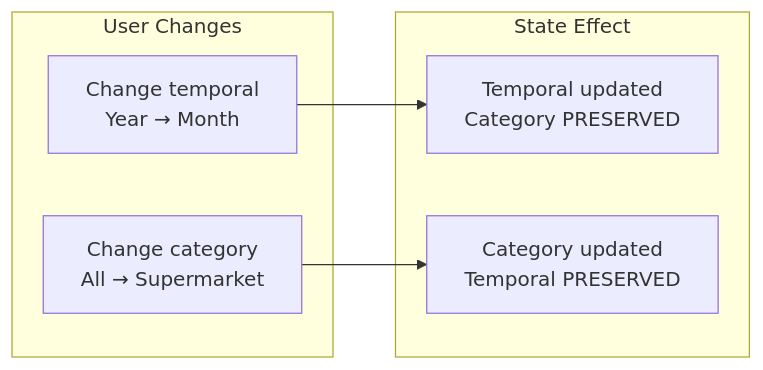
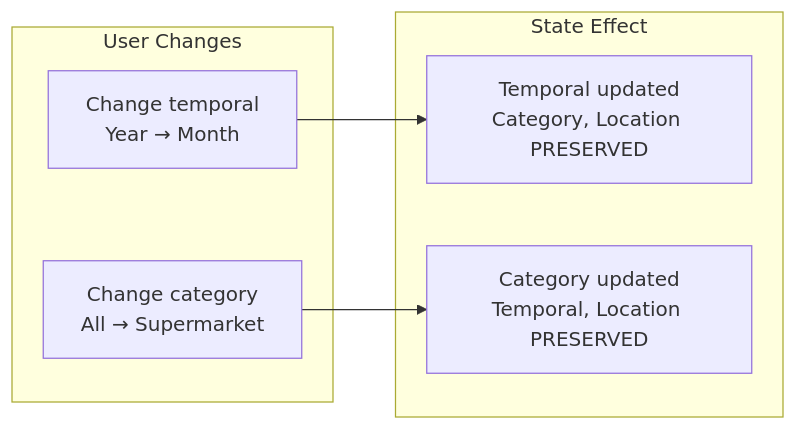
One commit to Brownbull/gmni_boletapp changed the seventh of 11 diagrams in docs/architecture/diagrams/filtering-system.md. Above: the diagram before and after it, drawn with Mermaid. The commit also changed other lines of this file and 224 other files, not shown here.

````diff
--- a/docs/architecture/diagrams/filtering-system.md
+++ b/docs/architecture/diagrams/filtering-system.md
@@ -260,15 +228,15 @@
 ```mermaid
 flowchart LR
     subgraph Change["User Changes"]
         C1["Change temporal<br/>Year → Month"]
         C2["Change category<br/>All → Supermarket"]
     end
 
     subgraph Effect["State Effect"]
-        E1["Temporal updated<br/>Category PRESERVED"]
-        E2["Category updated<br/>Temporal PRESERVED"]
+        E1["Temporal updated<br/>Category, Location PRESERVED"]
+        E2["Category updated<br/>Temporal, Location PRESERVED"]
     end
 
     C1 --> E1
     C2 --> E2
 ```
````
